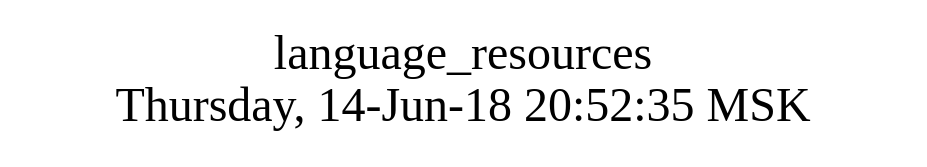
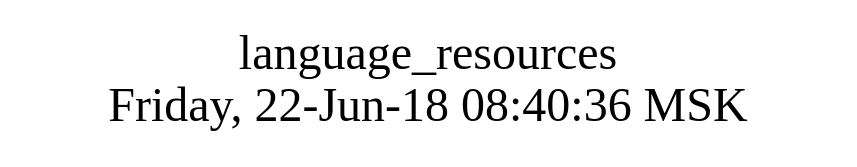
Before and after one commit to AplaProject/apps: the diagram in src/basic/language_resources/struct.dot, drawn with Graphviz. The commit also changed 7 other files, not shown here.

```diff
--- a/src/basic/language_resources/struct.dot
+++ b/src/basic/language_resources/struct.dot
@@ -1,10 +1,10 @@
 digraph G {
 graph [
   fontsize="24";
-  label="language_resources\nThursday, 14-Jun-18 20:52:35 MSK";
+  label="language_resources\nFriday, 22-Jun-18 08:40:36 MSK";
   nojustify=true;
   ordering=out;
   rankdir=LR;
   size="30";
 ];
 }
```
